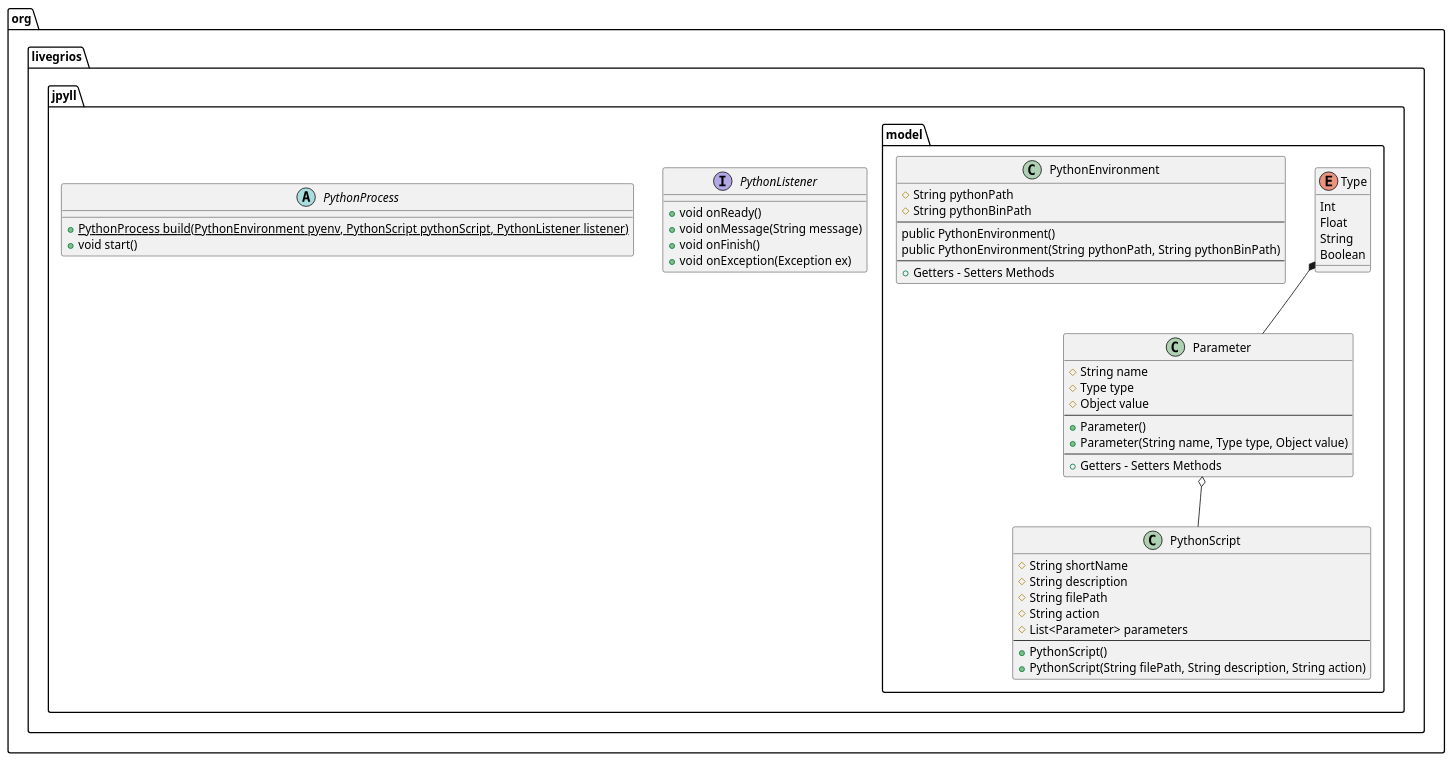
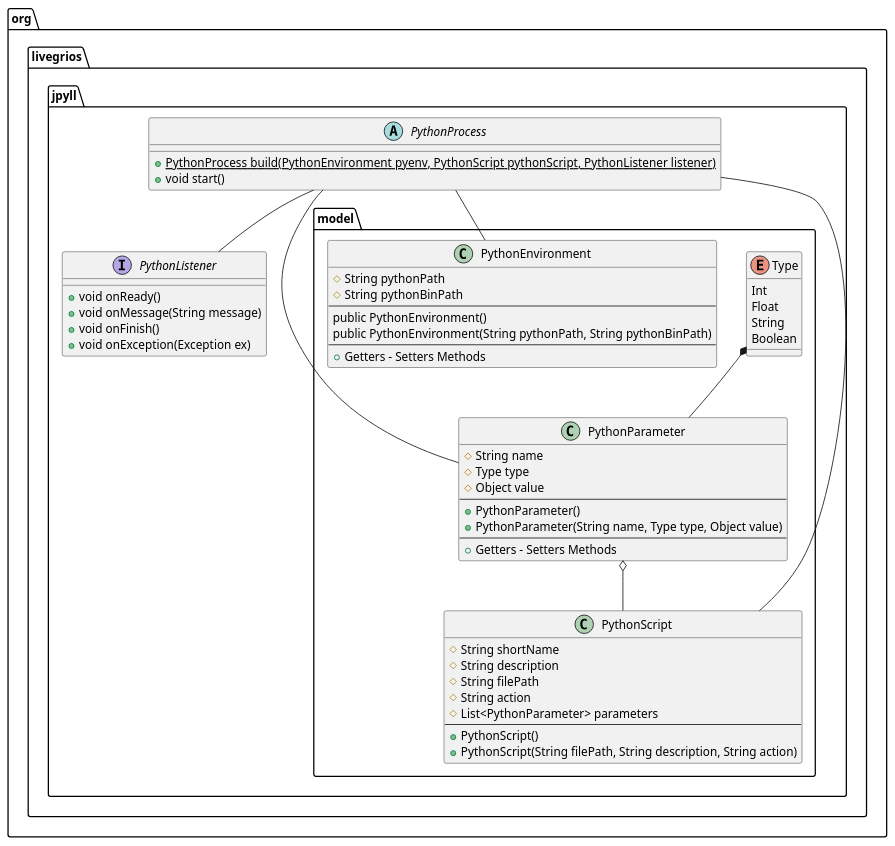
The diagram in jpyll_uml/jpyll.puml (livegrios/jpyll), drawn with PlantUML before and after one commit. The commit also changed 5 other files, not shown here.

Commit message:
UML Diagram updated. Parameter class was renamed as PythonParameter.

```diff
--- a/jpyll_uml/jpyll.puml
+++ b/jpyll_uml/jpyll.puml
@@ -1,61 +1,66 @@
 @startuml
     enum org.livegrios.jpyll.model.Type
     {
         Int
         Float
         String
         Boolean
     }
 
-    class org.livegrios.jpyll.model.Parameter
+    class org.livegrios.jpyll.model.PythonParameter
     {
         # String name
         # Type type
         # Object value
         --
-        + Parameter()
-        + Parameter(String name, Type type, Object value)
+        + PythonParameter()
+        + PythonParameter(String name, Type type, Object value)
         --
         + Getters - Setters Methods
     }
     
     class org.livegrios.jpyll.model.PythonScript
     {
         # String shortName
         # String description
         # String filePath
         # String action
-        # List<Parameter> parameters
+        # List<PythonParameter> parameters
         --
         + PythonScript()
         + PythonScript(String filePath, String description, String action)
     }
 
     class org.livegrios.jpyll.model.PythonEnvironment
     {
         # String pythonPath
         # String pythonBinPath
         --
         public PythonEnvironment()
         public PythonEnvironment(String pythonPath, String pythonBinPath)
         --
         + Getters - Setters Methods
     }
 
     interface org.livegrios.jpyll.PythonListener
     {
         + void onReady()
         + void onMessage(String message)
         + void onFinish() 
         + void onException(Exception ex)
     }
 
     abstract class org.livegrios.jpyll.PythonProcess
     {
         + {static} PythonProcess build(PythonEnvironment pyenv, PythonScript pythonScript, PythonListener listener)
         + void start()
     }
 
-    Type *-- Parameter
-    Parameter o-- PythonScript
+    Type *-- PythonParameter
+    PythonParameter o-- PythonScript
+    PythonProcess -- PythonListener
+    PythonProcess -- PythonEnvironment
+    PythonProcess -- PythonScript
+    PythonProcess -- PythonParameter
+    
 @enduml
```
